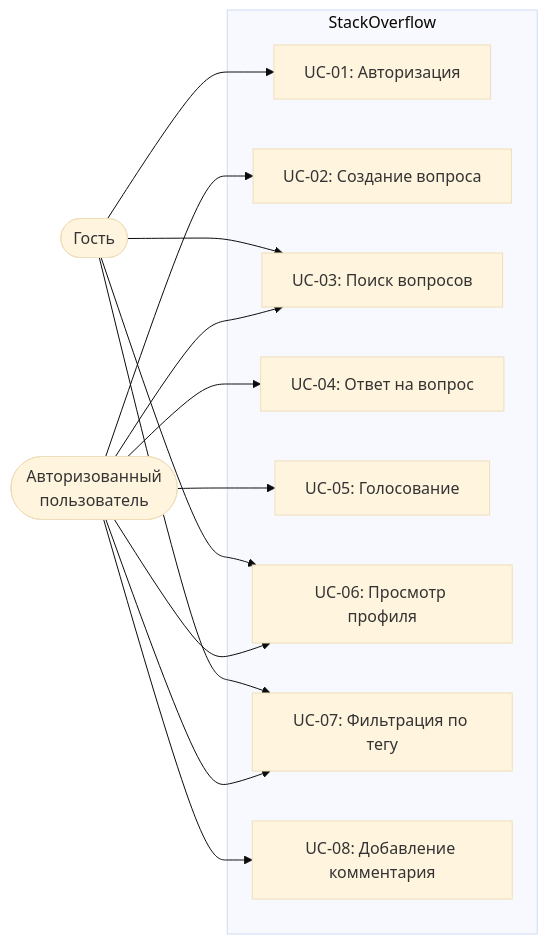
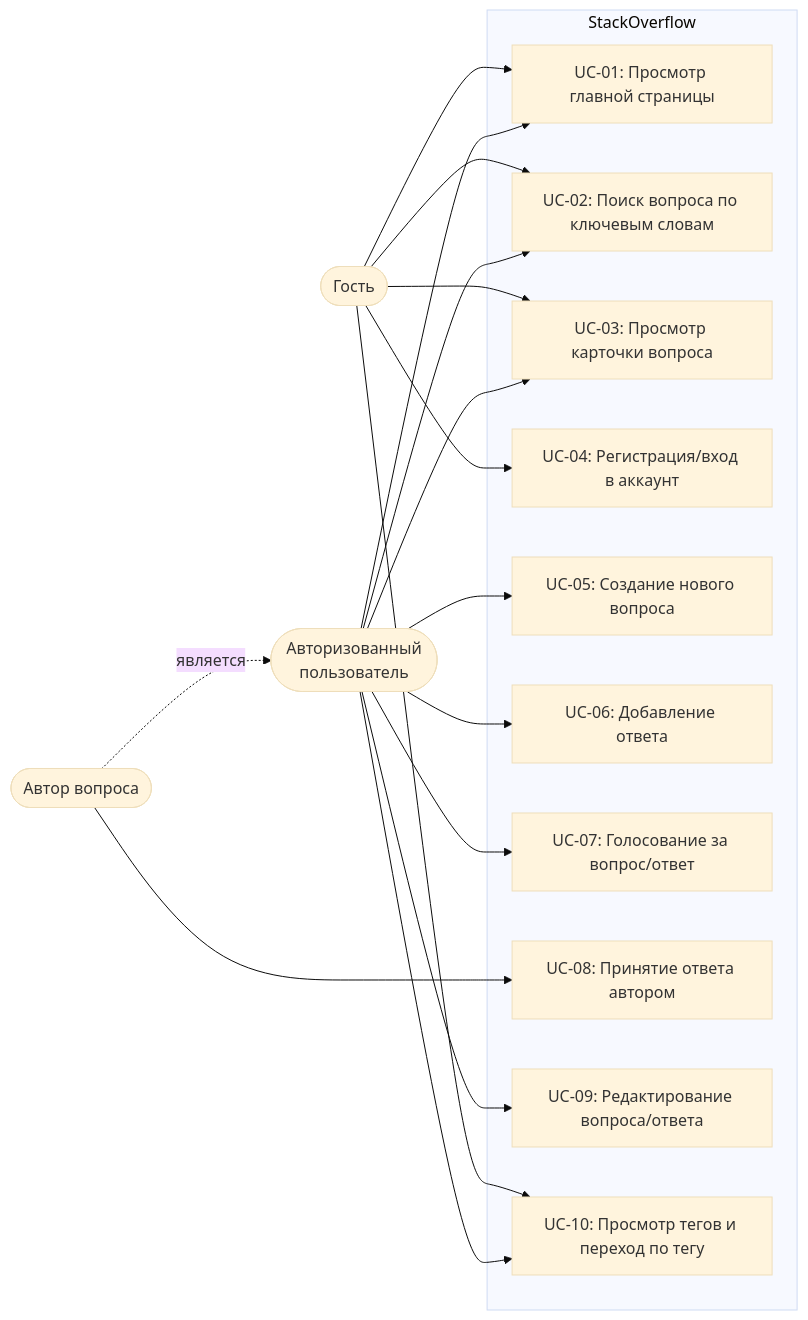
The diagram in docs/use-case-diagram.md (arekalov/tpo-lab3), drawn with Mermaid (base theme) before and after one commit. The commit also changed other lines of this file and 26 other files, not shown here.

````diff
--- a/docs/use-case-diagram.md
+++ b/docs/use-case-diagram.md
@@ -3,29 +3,37 @@
 ```mermaid
 flowchart LR
     Guest(["Гость"])
     AuthUser(["Авторизованный\nпользователь"])
+    QuestionAuthor(["Автор вопроса"])
 
     subgraph SO ["StackOverflow"]
-        UC01["UC-01: Авторизация"]
-        UC02["UC-02: Создание вопроса"]
-        UC03["UC-03: Поиск вопросов"]
-        UC04["UC-04: Ответ на вопрос"]
-        UC05["UC-05: Голосование"]
-        UC06["UC-06: Просмотр профиля"]
-        UC07["UC-07: Фильтрация по тегу"]
-        UC08["UC-08: Добавление комментария"]
+        UC01["UC-01: Просмотр главной страницы"]
+        UC02["UC-02: Поиск вопроса по ключевым словам"]
+        UC03["UC-03: Просмотр карточки вопроса"]
+        UC04["UC-04: Регистрация/вход в аккаунт"]
+        UC05["UC-05: Создание нового вопроса"]
+        UC06["UC-06: Добавление ответа"]
+        UC07["UC-07: Голосование за вопрос/ответ"]
+        UC08["UC-08: Принятие ответа автором"]
+        UC09["UC-09: Редактирование вопроса/ответа"]
+        UC10["UC-10: Просмотр тегов и переход по тегу"]
     end
 
     Guest --> UC01
+    Guest --> UC02
     Guest --> UC03
-    Guest --> UC06
-    Guest --> UC07
+    Guest --> UC04
+    Guest --> UC10
 
+    AuthUser --> UC01
     AuthUser --> UC02
     AuthUser --> UC03
-    AuthUser --> UC04
     AuthUser --> UC05
     AuthUser --> UC06
     AuthUser --> UC07
-    AuthUser --> UC08
+    AuthUser --> UC09
+    AuthUser --> UC10
+
+    QuestionAuthor --> UC08
+    QuestionAuthor -.->|"является"| AuthUser
 ```
````
